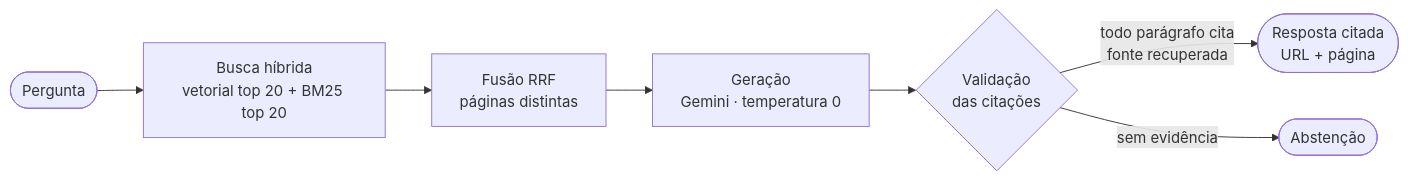
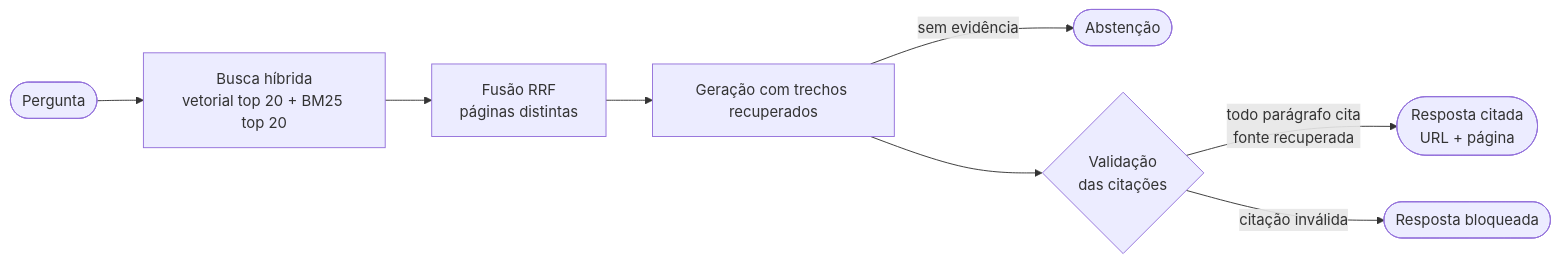
Before and after one commit to ArtemisHubApp/artemishub_docs: the diagram in docs/rag/index.md, drawn with Mermaid. The commit also changed other lines of this file and 10 other files, not shown here.

````diff
--- a/docs/rag/index.md
+++ b/docs/rag/index.md
@@ -22,9 +22,10 @@
 ```mermaid
 flowchart LR
     Q([Pergunta]) --> H[Busca híbrida<br/>vetorial top 20 + BM25 top 20]
     H --> F[Fusão RRF<br/>páginas distintas]
-    F --> G[Geração<br/>Gemini · temperatura 0]
+    F --> G[Geração com trechos recuperados]
+    G -->|sem evidência| A([Abstenção])
     G --> V{Validação<br/>das citações}
     V -->|todo parágrafo cita<br/>fonte recuperada| R([Resposta citada<br/>URL + página])
-    V -->|sem evidência| A([Abstenção])
+    V -->|citação inválida| B([Resposta bloqueada])
 ```
````
